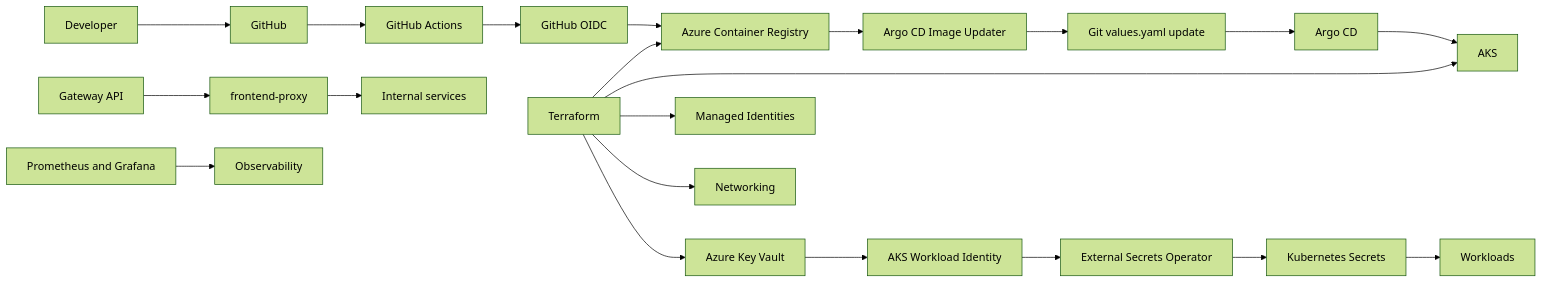
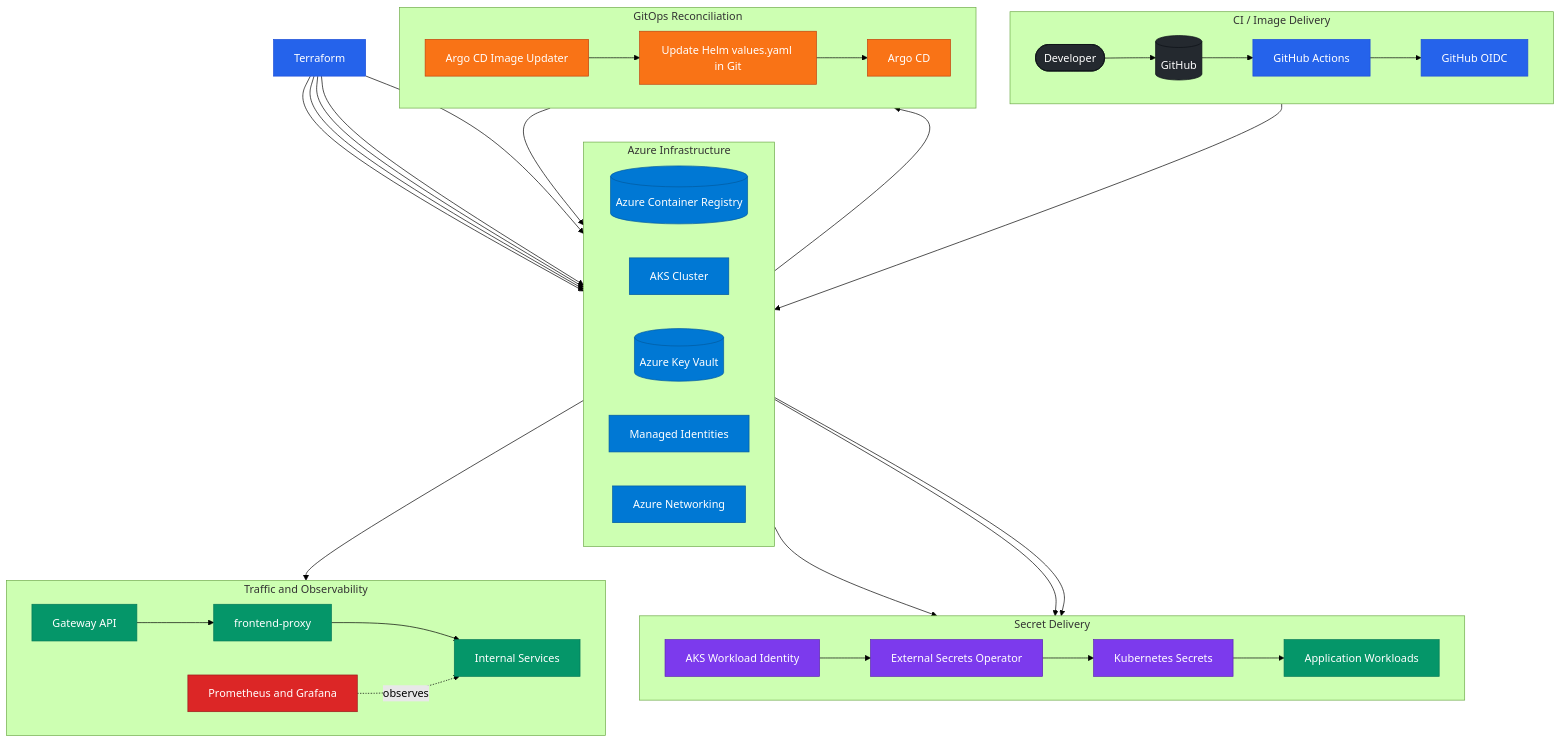
One commit to damir254/AKS-opentelemetry changed the diagram in README.md. Above: the diagram before and after it, drawn with Mermaid (forest theme). The commit also changed other lines of this file, not shown here.

````diff
--- a/README.md
+++ b/README.md
@@ -10,28 +10,70 @@
 ```mermaid
-flowchart LR
-    Developer --> GitHub
-    GitHub --> Actions[GitHub Actions]
-    Actions --> OIDC[GitHub OIDC]
-    OIDC --> ACR[Azure Container Registry]
+flowchart TB
+    subgraph Delivery["CI / Image Delivery"]
+        direction LR
+        Developer([Developer]) --> GitHub[(GitHub)]
+        GitHub --> Actions[GitHub Actions]
+        Actions --> OIDC[GitHub OIDC]
+    end
 
-    ACR --> Updater[Argo CD Image Updater]
-    Updater --> Values[Git values.yaml update]
-    Values --> Argo[Argo CD]
+    subgraph Azure["Azure Infrastructure"]
+        direction LR
+        ACR[(Azure Container Registry)]
+        AKS[AKS Cluster]
+        KV[(Azure Key Vault)]
+        Identities[Managed Identities]
+        Network[Azure Networking]
+    end
+
+    Terraform[Terraform] --> AKS
+    Terraform --> ACR
+    Terraform --> KV
+    Terraform --> Identities
+    Terraform --> Network
+    OIDC --> ACR
+
+    subgraph GitOps["GitOps Reconciliation"]
+        direction LR
+        Updater[Argo CD Image Updater] --> Values[Update Helm values.yaml in Git]
+        Values --> Argo[Argo CD]
+    end
+
+    ACR --> Updater
     Argo --> AKS
 
-    Terraform --> AKS
-    Terraform --> ACR
-    Terraform --> KV[Azure Key Vault]
-    Terraform --> Identities[Managed Identities]
-    Terraform --> Network[Networking]
+    subgraph SecretFlow["Secret Delivery"]
+        direction LR
+        WI[AKS Workload Identity] --> ESO[External Secrets Operator]
+        ESO --> Secrets[Kubernetes Secrets]
+        Secrets --> Workloads[Application Workloads]
+    end
 
-    KV --> WI[AKS Workload Identity]
-    WI --> ESO[External Secrets Operator]
-    ESO --> Secrets[Kubernetes Secrets]
-    Secrets --> Workloads
+    KV --> WI
+    Identities --> WI
+    AKS --> Workloads
 
-    Gateway[Gateway API] --> Proxy[frontend-proxy]
-    Proxy --> Services[Internal services]
+    subgraph Runtime["Traffic and Observability"]
+        direction LR
+        Gateway[Gateway API] --> Proxy[frontend-proxy]
+        Proxy --> Services[Internal Services]
+        Monitoring[Prometheus and Grafana] -. observes .-> Services
+    end
 
-    Monitoring[Prometheus and Grafana] --> Observability
+    AKS --> Gateway
+
+    classDef source fill:#24292f,stroke:#0d1117,color:#ffffff
+    classDef automation fill:#2563eb,stroke:#1d4ed8,color:#ffffff
+    classDef azure fill:#0078d4,stroke:#005a9e,color:#ffffff
+    classDef gitops fill:#f97316,stroke:#c2410c,color:#ffffff
+    classDef security fill:#7c3aed,stroke:#5b21b6,color:#ffffff
+    classDef runtime fill:#059669,stroke:#047857,color:#ffffff
+    classDef observe fill:#dc2626,stroke:#991b1b,color:#ffffff
+
+    class Developer,GitHub source
+    class Actions,OIDC,Terraform automation
+    class ACR,AKS,KV,Identities,Network azure
+    class Updater,Values,Argo gitops
+    class WI,ESO,Secrets security
+    class Workloads,Gateway,Proxy,Services runtime
+    class Monitoring observe
 ```
````
